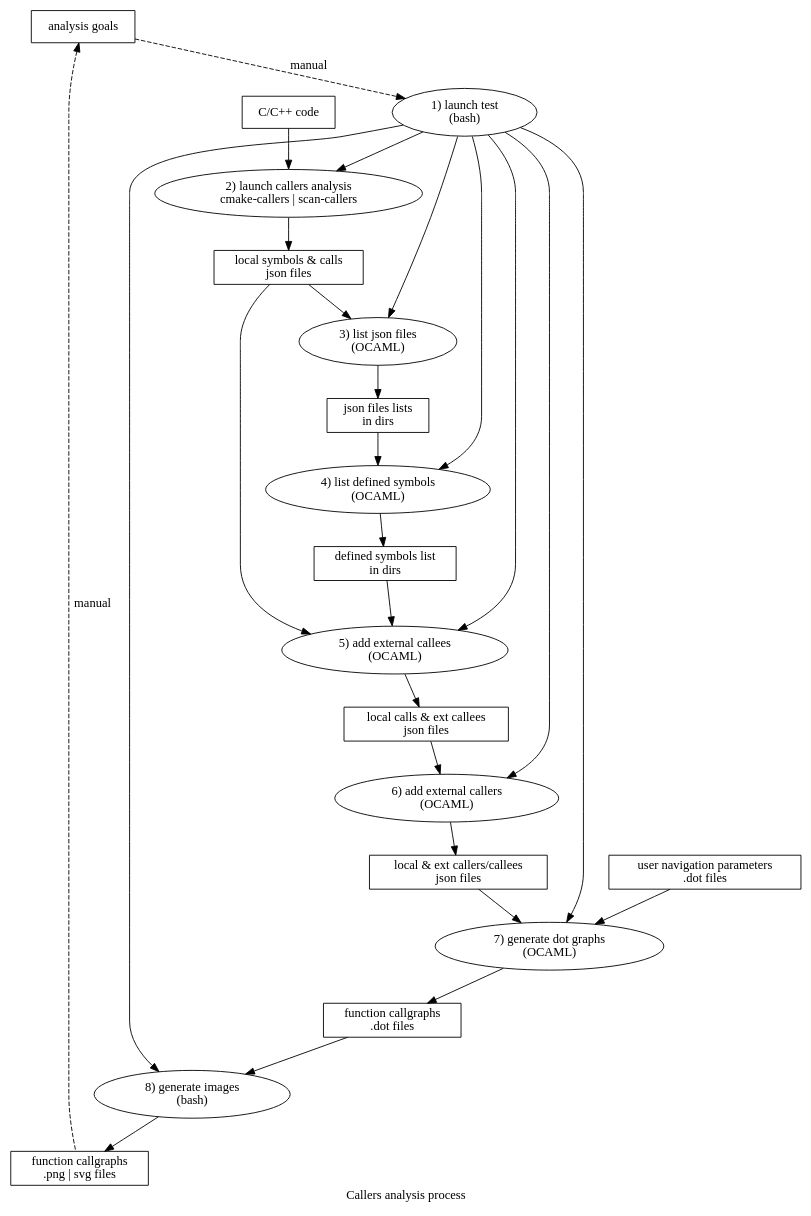
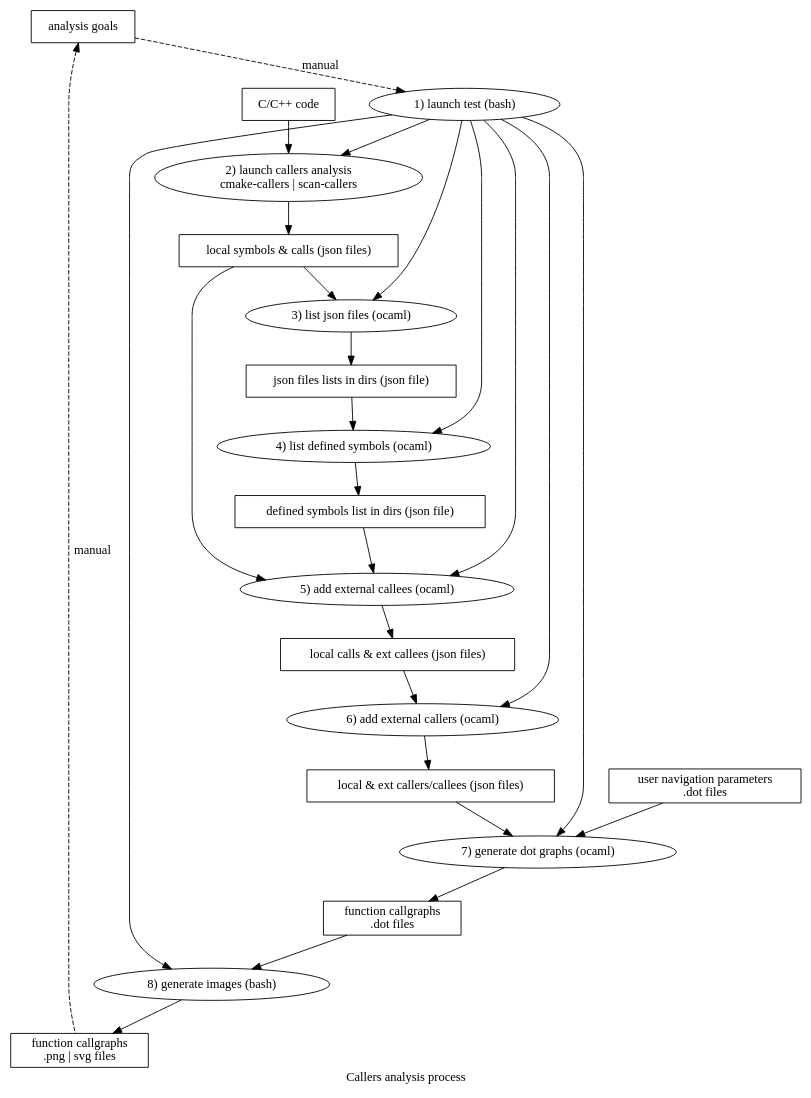
Before and after one commit to hbalp/callers: diagram 11 of 11 in doc/callers.org, drawn with Graphviz. The commit also changed other lines of this file, not shown here.

Commit message:
Added the architecture description of the Callers plugin.

```diff
--- a/doc/callers.org
+++ b/doc/callers.org
@@ -1015,11 +1061,11 @@
 "src code" [ label="C/C++ code", shape="box" ]
 
 // callers analysis
-"local metadata" [ label="local symbols & calls\njson files", shape="box", color=black ]
-"extcallees metadata" [ label="local calls & ext callees\njson files", shape="box", color=black ]
-"extcallers metadata" [ label="local & ext callers/callees\njson files", shape="box", color=black ]
-"json files list" [ label="json files lists\nin dirs", shape="box", color=black ]
-"defined symbols" [ label="defined symbols list\nin dirs", shape="box", color=black ]
+"local metadata" [ label="local symbols & calls (json files)", shape="box", color=black ]
+"extcallees metadata" [ label="local calls & ext callees (json files)", shape="box", color=black ]
+"extcallers metadata" [ label="local & ext callers/callees (json files)", shape="box", color=black ]
+"json files list" [ label="json files lists in dirs (json file)", shape="box", color=black ]
+"defined symbols" [ label="defined symbols list in dirs (json file)", shape="box", color=black ]
 
 // callers src code analysis
 
@@ -1031,16 +1077,16 @@
 //"build tool" [ label="build tool\ncmake | custom", shape=box, color=black ]
 //"analysis type" [ label="analysis type\ncmake-callers|scan-callers", shape=box, color=black ]
 
-"launch test" [ label="1) launch test\n(bash)", shape=oval, color=black, labelloc=l ]
+"launch test" [ label="1) launch test (bash)", shape=oval, color=black, labelloc=l ]
 "launch analysis" [ label="2) launch callers analysis\ncmake-callers | scan-callers", shape=oval, color=black ]
-//"launch cmake-callers" [ label="cmake-callers analysis\n(bash)", shape=oval, color=black ]
-//"launch scan-callers" [ label="scan-callers analysis\n(bash)", shape=oval, color=black ]
-"list json files" [ label="3) list json files\n(OCAML)", shape=oval, color=black ]
-"list defined symbols" [ label="4) list defined symbols\n(OCAML)", shape=oval, color=black ]
-"add extern callees" [ label="5) add external callees\n(OCAML)", shape=oval, color=black ]
-"add extern callers" [ label="6) add external callers\n(OCAML)", shape=oval, color=black ]
-"json to dot" [ label="7) generate dot graphs\n(OCAML)", shape=oval, color=black ]
-"dot to image" [ label="8) generate images\n(bash)", shape=oval, color=black ]
+//"launch cmake-callers" [ label="cmake-callers analysis (bash)", shape=oval, color=black ]
+//"launch scan-callers" [ label="scan-callers analysis (bash)", shape=oval, color=black ]
+"list json files" [ label="3) list json files (ocaml)", shape=oval, color=black ]
+"list defined symbols" [ label="4) list defined symbols (ocaml)", shape=oval, color=black ]
+"add extern callees" [ label="5) add external callees (ocaml)", shape=oval, color=black ]
+"add extern callers" [ label="6) add external callers (ocaml)", shape=oval, color=black ]
+"json to dot" [ label="7) generate dot graphs (ocaml)", shape=oval, color=black ]
+"dot to image" [ label="8) generate images (bash)", shape=oval, color=black ]
 
 //"build tool" -> "launch test"
 
@@ -1061,7 +1107,7 @@
 
 subgraph "callers backends" {
 
-label="Callers OCAML backends"
+label="Callers ocaml backends"
 
 "launch test" -> "list json files"
 "local metadata" -> "list json files" -> "json files list"
```
